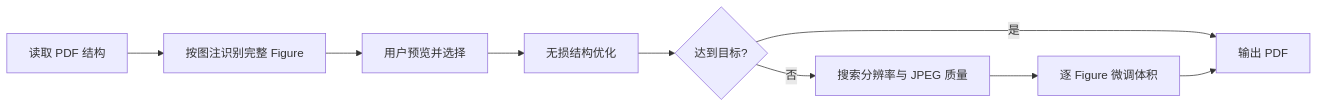
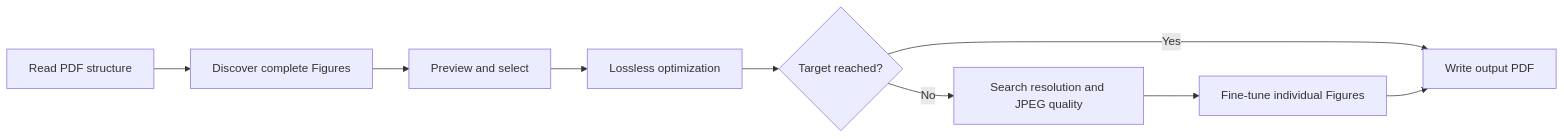
The diagram in README.md (CBH2028/pdf-size-reducer), drawn with Mermaid before and after one commit. The commit also changed other lines of this file and 4 other files, not shown here.

````diff
--- a/README.md
+++ b/README.md
@@ -82,11 +105,11 @@
 ```mermaid
 flowchart LR
-    A[读取 PDF 结构] --> B[按图注识别完整 Figure]
-    B --> C[用户预览并选择]
-    C --> D[无损结构优化]
-    D --> E{达到目标?}
-    E -- 是 --> F[输出 PDF]
-    E -- 否 --> G[搜索分辨率与 JPEG 质量]
-    G --> H[逐 Figure 微调体积]
+    A[Read PDF structure] --> B[Discover complete Figures]
+    B --> C[Preview and select]
+    C --> D[Lossless optimization]
+    D --> E{Target reached?}
+    E -- Yes --> F[Write output PDF]
+    E -- No --> G[Search resolution and JPEG quality]
+    G --> H[Fine-tune individual Figures]
     H --> F
 ```
````
